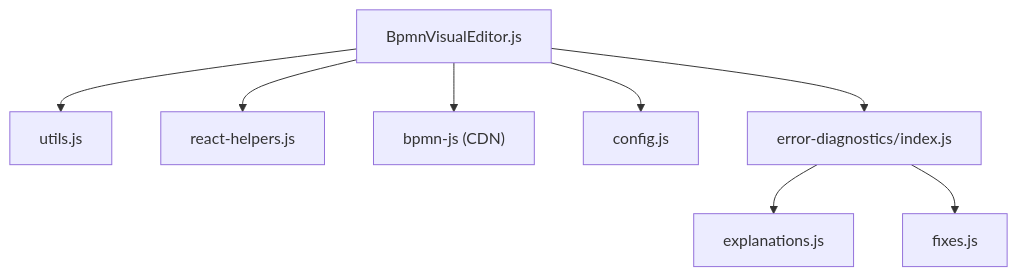
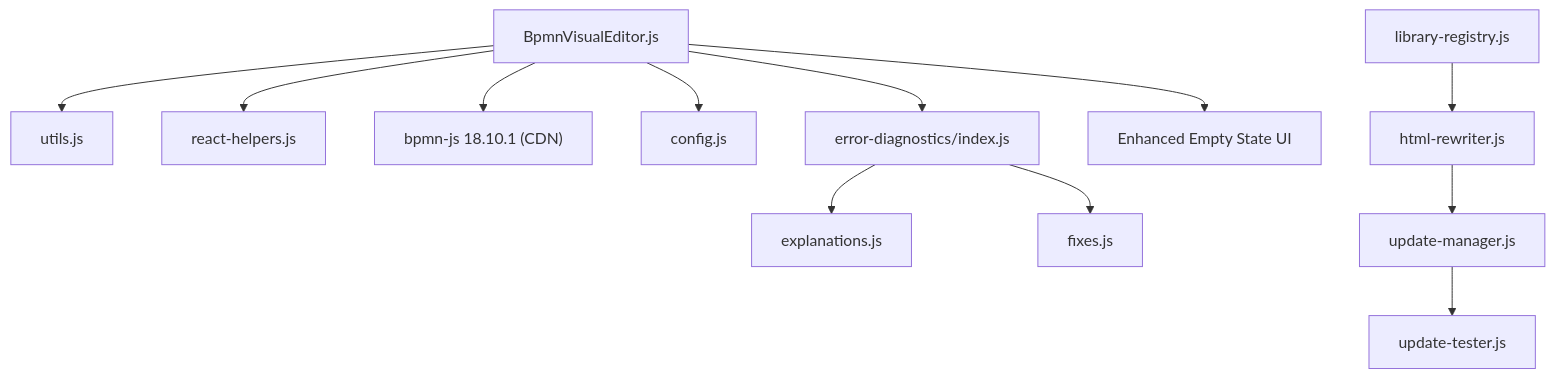
The fifth of 5 diagrams in .qoder/repowiki/en/content/Editor Architecture/Visual Editors/BPMN Visual Editor.md (ongchonghian/universal-diagram-editor), drawn with Mermaid before and after one commit. The commit also changed other lines of this file and 66 other files, not shown here.

First line of the commit message:
refactor: modernize codebase with Vite build system and modular React architecture

````diff
--- a/.qoder/repowiki/en/content/Editor Architecture/Visual Editors/BPMN Visual Editor.md
+++ b/.qoder/repowiki/en/content/Editor Architecture/Visual Editors/BPMN Visual Editor.md
@@ -288,10 +365,14 @@
 ```mermaid
 graph TB
 BpmnEditor["BpmnVisualEditor.js"] --> Utils["utils.js"]
 BpmnEditor --> ReactHelpers["react-helpers.js"]
-BpmnEditor --> BpmnJS["bpmn-js (CDN)"]
+BpmnEditor --> BpmnJS["bpmn-js 18.10.1 (CDN)"]
 BpmnEditor --> Config["config.js"]
 BpmnEditor --> ErrorDiagnostics["error-diagnostics/index.js"]
+BpmnEditor --> EmptyState["Enhanced Empty State UI"]
 ErrorDiagnostics --> ErrorExplanations["explanations.js"]
 ErrorDiagnostics --> ErrorFixes["fixes.js"]
+LibraryRegistry["library-registry.js"] --> HtmlRewriter["html-rewriter.js"]
+HtmlRewriter --> UpdateManager["update-manager.js"]
+UpdateManager --> UpdateTester["update-tester.js"]
 ```
````
